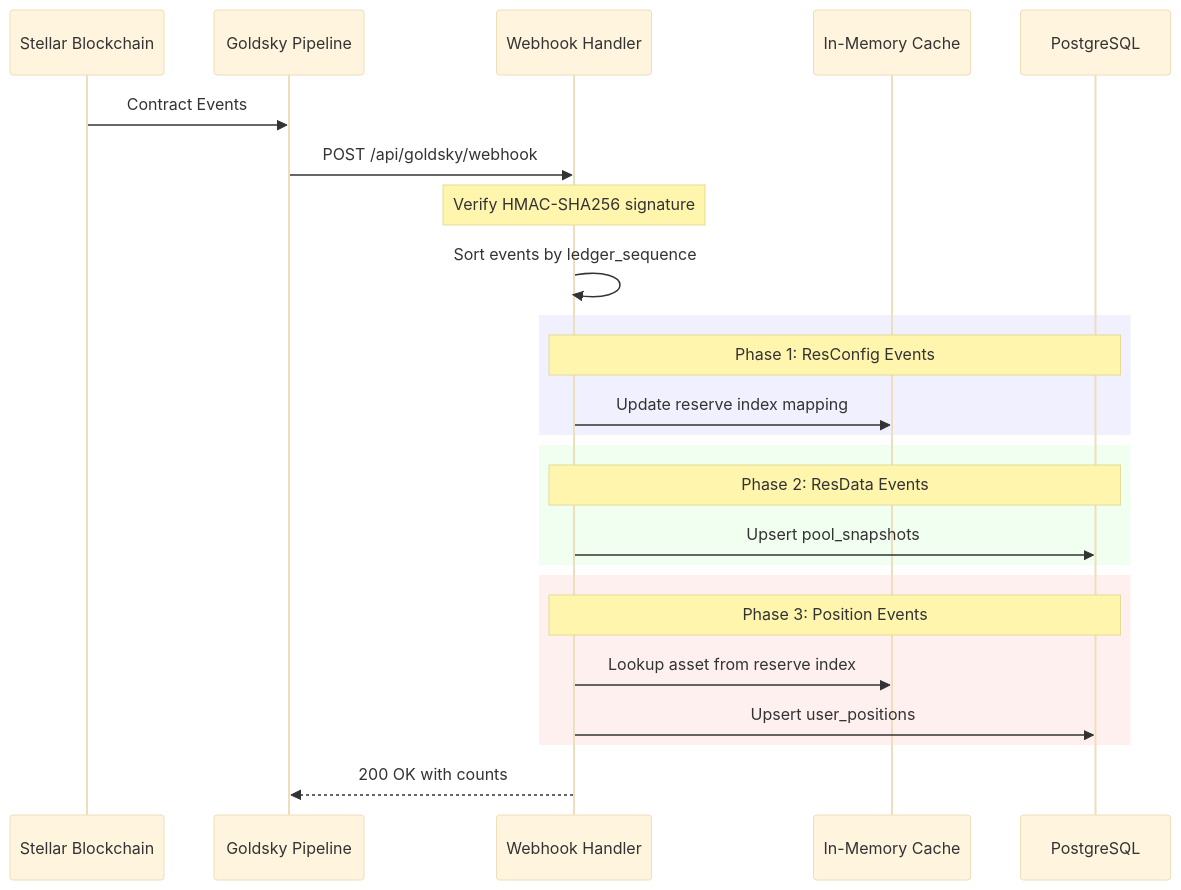
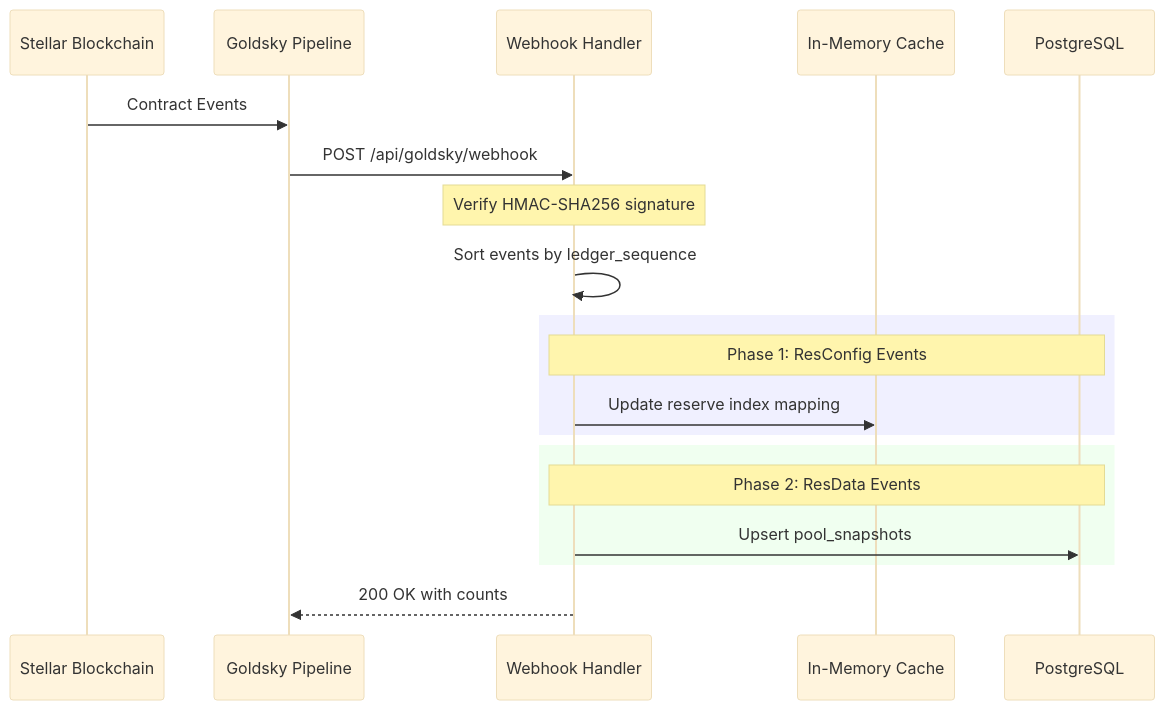
One commit to brunomlr/blend-indexer changed the fourth of 7 diagrams in README.md. Above: the diagram before and after it, drawn with Mermaid (base theme). The commit also changed other lines of this file, not shown here.

Commit message:
refactor: remove user positions references from documentation and diagrams

````diff
--- a/README.md
+++ b/README.md
@@ -491,33 +468,27 @@
 ```mermaid
 sequenceDiagram
     participant Stellar as Stellar Blockchain
     participant GS as Goldsky Pipeline
     participant WH as Webhook Handler
     participant Cache as In-Memory Cache
     participant DB as PostgreSQL
 
     Stellar->>GS: Contract Events
     GS->>WH: POST /api/goldsky/webhook
 
     Note over WH: Verify HMAC-SHA256 signature
 
     WH->>WH: Sort events by ledger_sequence
 
     rect rgb(240, 240, 255)
         Note over WH,DB: Phase 1: ResConfig Events
         WH->>Cache: Update reserve index mapping
     end
 
     rect rgb(240, 255, 240)
         Note over WH,DB: Phase 2: ResData Events
         WH->>DB: Upsert pool_snapshots
     end
 
-    rect rgb(255, 240, 240)
-        Note over WH,DB: Phase 3: Position Events
-        WH->>Cache: Lookup asset from reserve index
-        WH->>DB: Upsert user_positions
-    end
-
     WH-->>GS: 200 OK with counts
 ```
````
